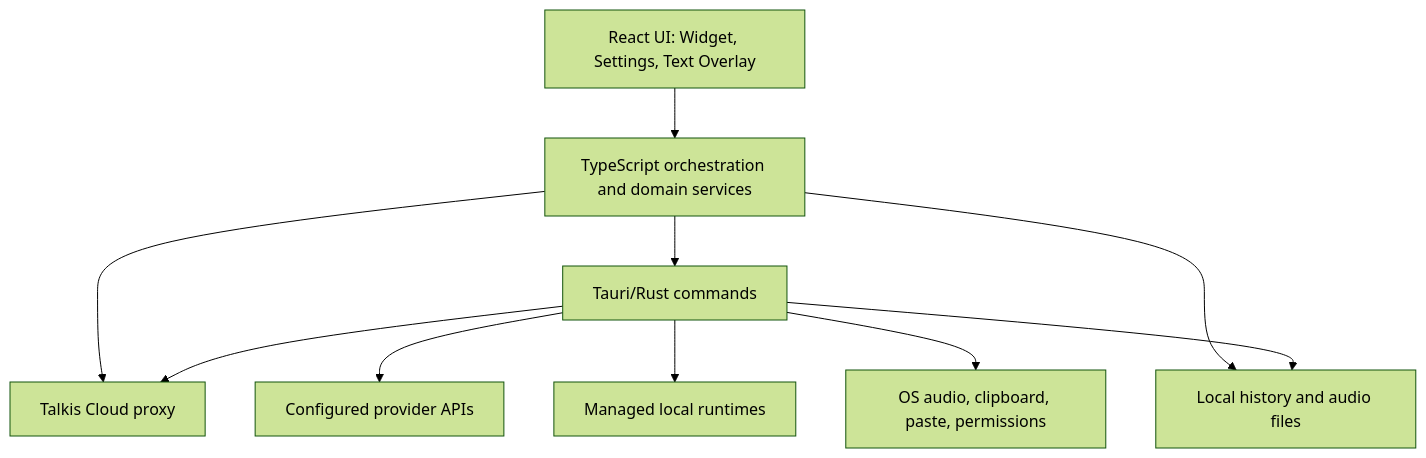
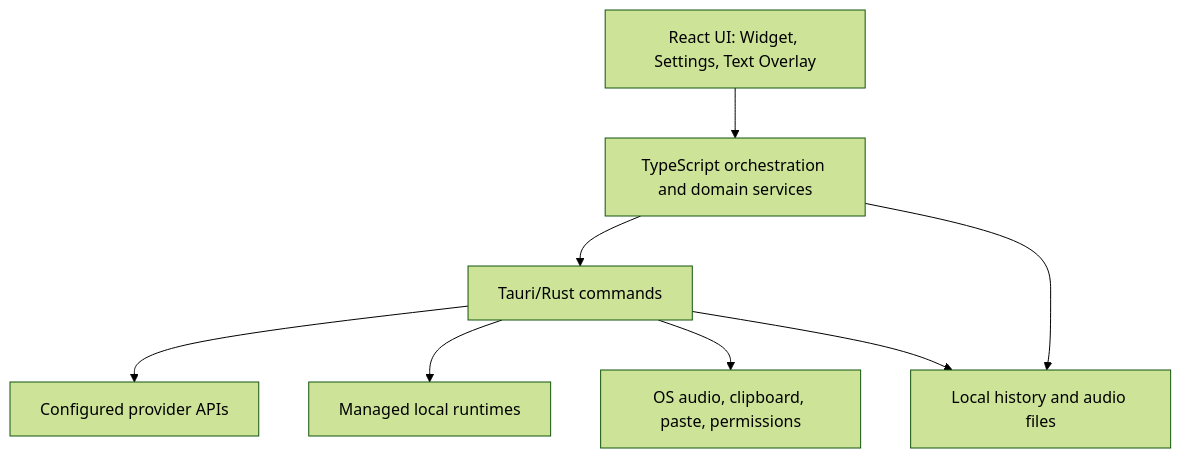
The diagram in docs/architecture/processing-modes.md (dibrovnik/talkee), drawn with Mermaid (forest theme) before and after one commit. The commit also changed other lines of this file and 8 other files, not shown here.

````diff
--- a/docs/architecture/processing-modes.md
+++ b/docs/architecture/processing-modes.md
@@ -40,21 +36,18 @@
 ```mermaid
 flowchart TD
     UI[React UI: Widget, Settings, Text Overlay]
     TS[TypeScript orchestration and domain services]
     RUST[Tauri/Rust commands]
-    CLOUD[Talkis Cloud proxy]
     API[Configured provider APIs]
     LOCAL[Managed local runtimes]
     OS[OS audio, clipboard, paste, permissions]
     HISTORY[Local history and audio files]
 
     UI --> TS
     TS --> RUST
-    TS --> CLOUD
-    RUST --> CLOUD
     RUST --> API
     RUST --> LOCAL
     RUST --> OS
     TS --> HISTORY
     RUST --> HISTORY
 ```
````
